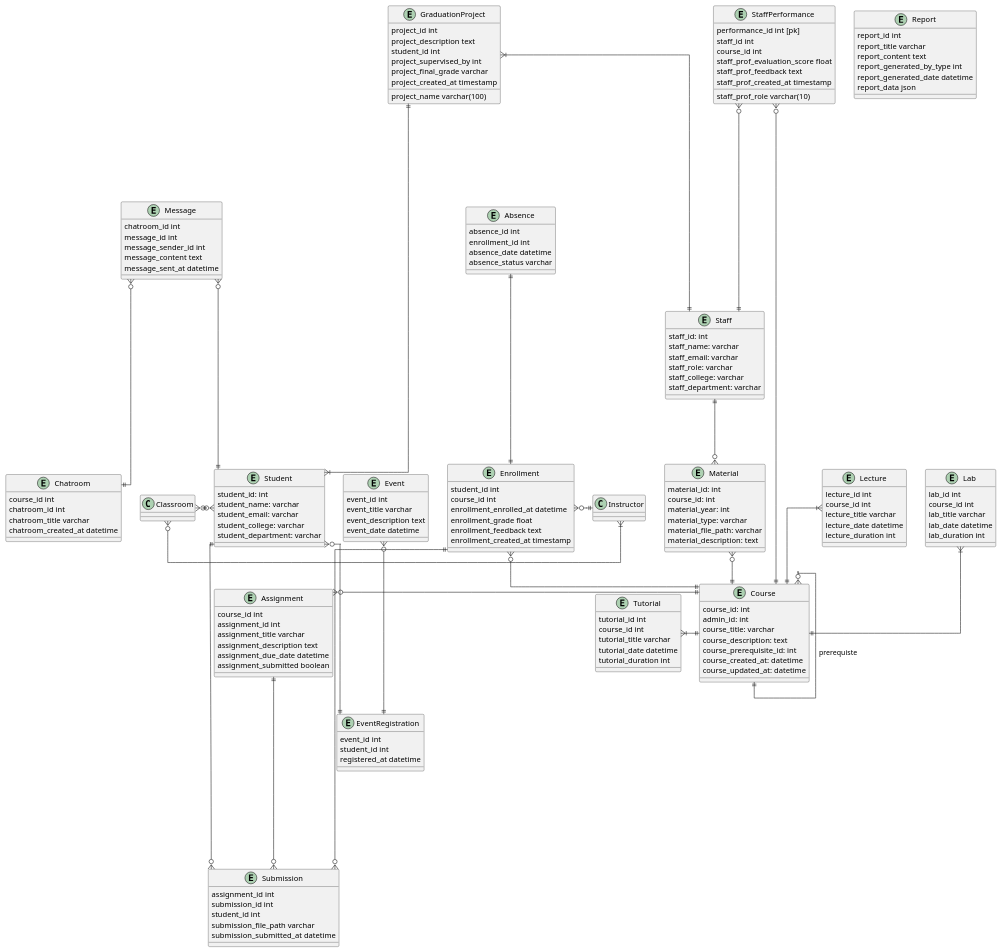
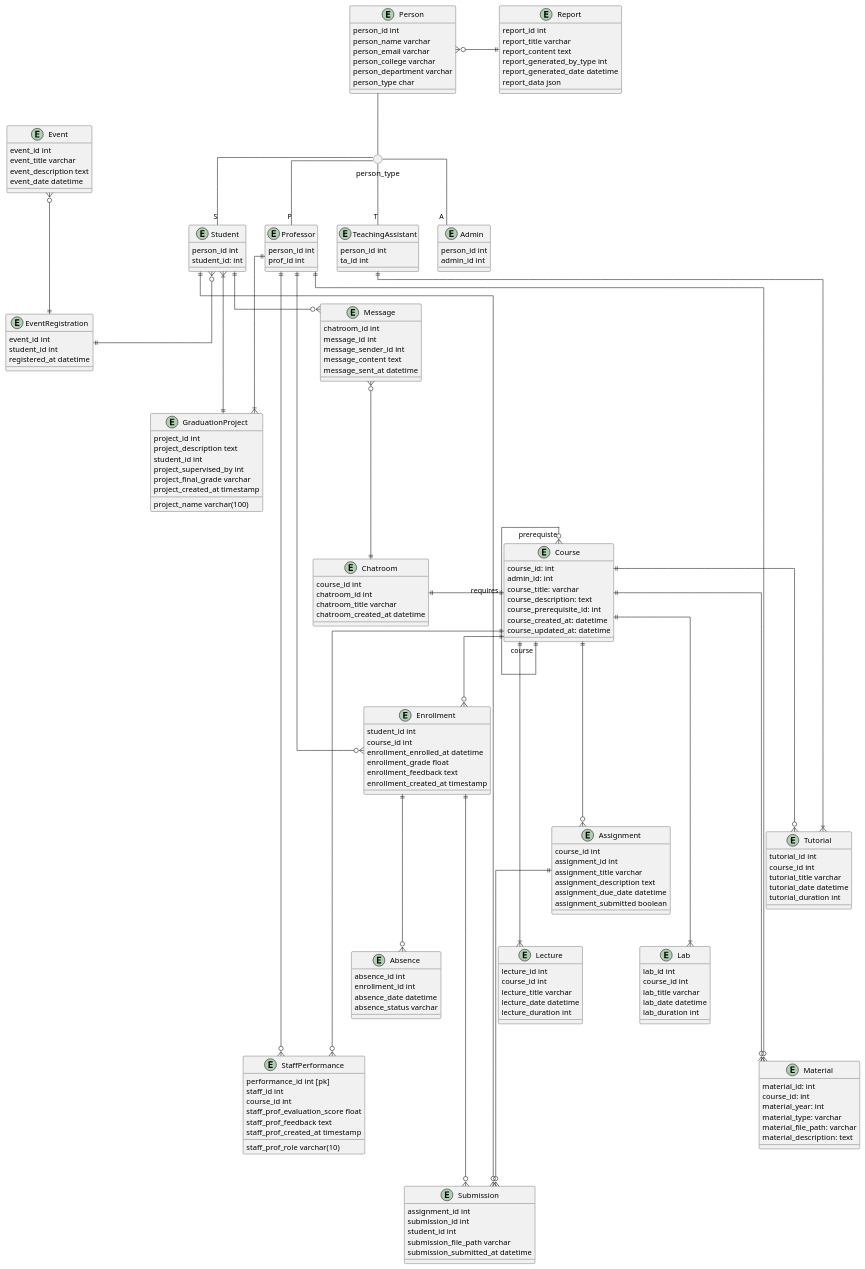
Before and after one commit to Ema-Saad/Graduation-Project-360Campus-: the diagram in docs/diagrams/erd.pu, drawn with PlantUML.

Commit message:
A better attempt at a layout

```diff
--- a/docs/diagrams/erd.pu
+++ b/docs/diagrams/erd.pu
@@ -1,20 +1,36 @@
 @startuml
 
-entity Staff {
-    staff_id: int 
-    staff_name: varchar
-    staff_email: varchar 
-    staff_role: varchar
-    staff_college: varchar
-    staff_department: varchar
-}
+together {
+    () person_type
 
-entity Student {
-    student_id: int 
-    student_name: varchar
-    student_email: varchar 
-    student_college: varchar
-    student_department: varchar
+    entity Person {
+        person_id int
+        person_name varchar
+        person_email varchar
+        person_college varchar
+        person_department varchar
+        person_type char
+    }
+
+    entity Professor {
+        person_id int
+        prof_id int
+    }
+
+    entity Student {
+        person_id int
+        student_id: int 
+    }
+
+    entity TeachingAssistant {
+        person_id int
+        ta_id int
+    }
+
+    entity Admin {
+        person_id int
+        admin_id int
+    }
 }
 
 entity Course {
@@ -185,28 +201,41 @@
 
 skinparam linetype ortho
 
-Course }o---|| Course: prerequiste 
-Classroom }o-o{ Student
-Classroom }o-|{ Instructor
-Enrollment }o-|| Instructor
-Enrollment }o-|| Course
-Assignment }o-|| Course
-Tutorial }|-|| Course
-Lab }|--|| Course
-Lecture }|--|| Course
-Material }o--|| Course
-Staff ||---o{ Material
-Message }o----|| Student
-Message }o----|| Chatroom
+
+Person -- person_type
+person_type -- "S" Student
+person_type -- "P" Professor
+person_type - "T" TeachingAssistant
+person_type - "A" Admin
+
+Student -[hidden]> Professor
+Professor -[hidden]> TeachingAssistant
+TeachingAssistant -[hidden]> Admin
+
+Student }o--|| EventRegistration
+Student ||--o{ Submission
+Student ||--o{ Message
+Student }|--|| GraduationProject
+Professor ||---|{ GraduationProject
+Professor ||---o{ Enrollment
+Professor ||---o{ StaffPerformance
+Professor ||---o{ Material
+Course "prerequiste" }o----|| "course" Course: requires
+Course ||---o{ Enrollment
+Course ||----o{ Assignment
+Course ||----o{ Tutorial
+Course ||-----|{ Lab
+Course ||-----|{ Lecture
+Course ||------o{ Material
+Course ||------o{ StaffPerformance
+TeachingAssistant ||----|{ Tutorial
+Enrollment ||---o{ Submission
+Enrollment ||---o{ Absence
 Event }o---|| EventRegistration
-Student }o---|| EventRegistration
-Absence ||----|| Enrollment
-Student ||-----o{ Submission
-Assignment ||-----o{ Submission
-Enrollment ||------o{ Submission
-GraduationProject ||-----|{ Student
-GraduationProject }|-----|| Staff
-StaffPerformance }o-----|| Staff
-StaffPerformance }o-----|| Course
+Message }o---|| Chatroom
+Assignment ||----o{ Submission
+Person }o-|| Report
+Chatroom ||-|| Course
+
 
 @enduml
```
